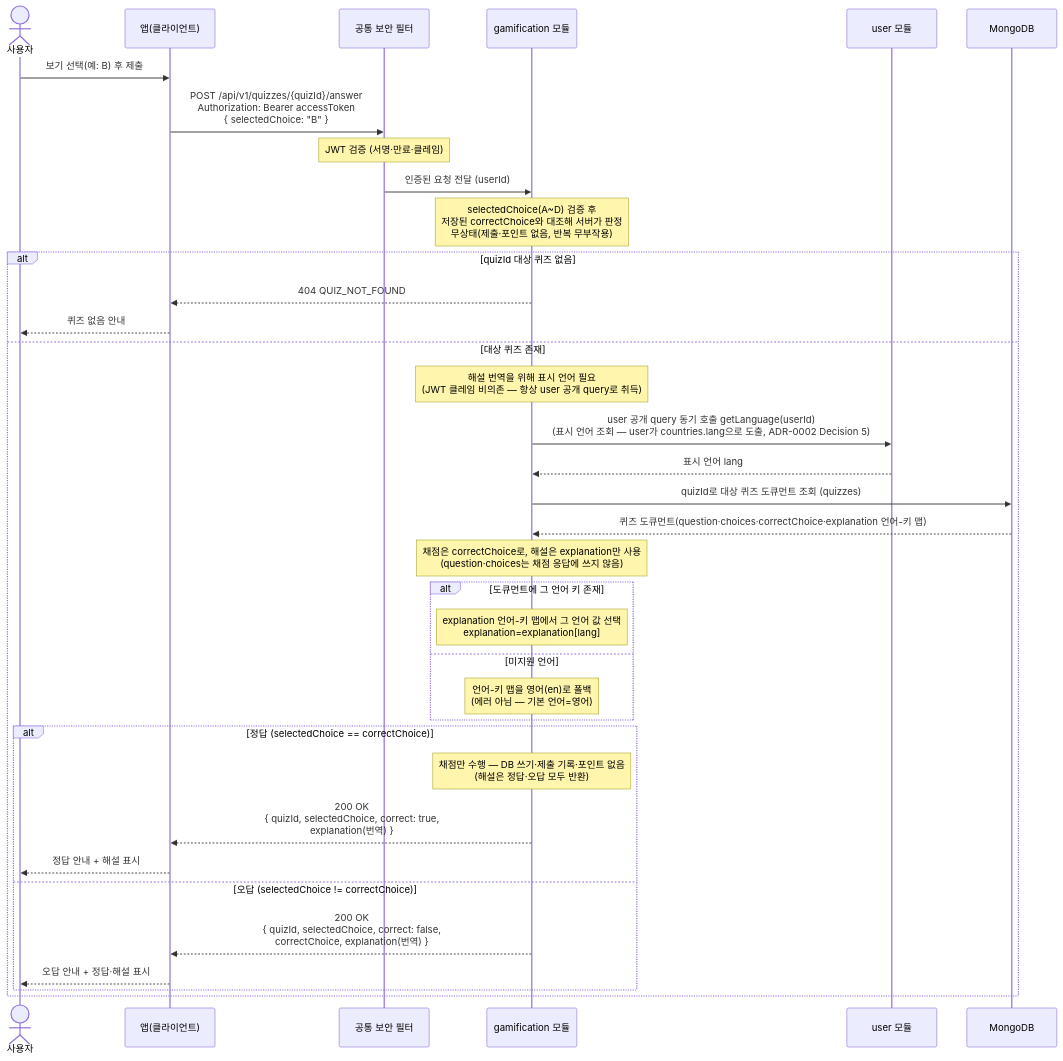
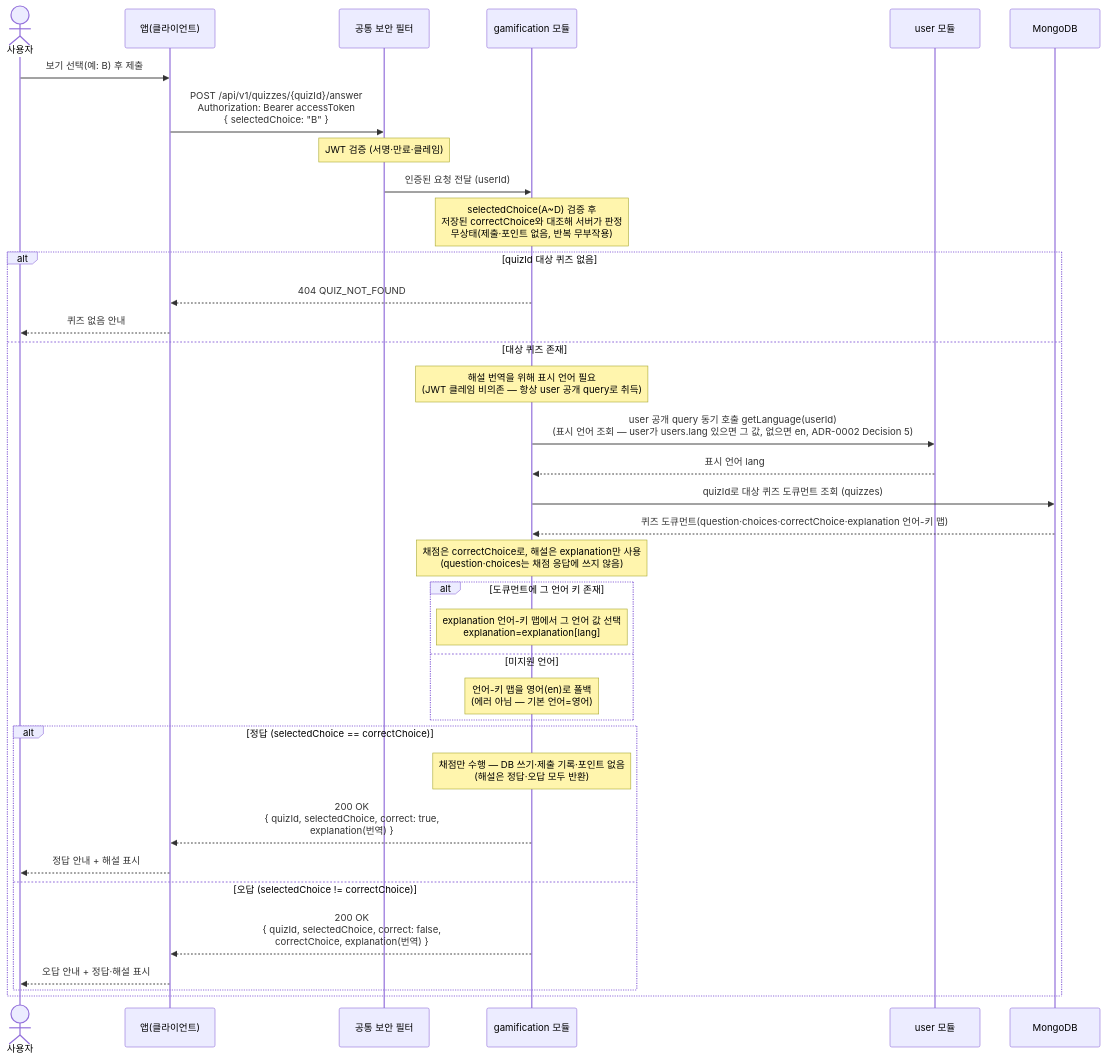
One commit to jameskim9509/Kohere-backend changed the diagram in docs/architecture/sequence-diagrams/06-gamification/us-6-2-quiz-answer.md. Above: the diagram before and after it, drawn with Mermaid. The commit also changed 64 other files, not shown here.

First line of the commit message:
feat(user): 사용자 선택 표시 언어(users.lang) 기반 번역 (#171)

````diff
--- a/docs/architecture/sequence-diagrams/06-gamification/us-6-2-quiz-answer.md
+++ b/docs/architecture/sequence-diagrams/06-gamification/us-6-2-quiz-answer.md
@@ -5,42 +5,42 @@
 ```mermaid
 sequenceDiagram
     actor U as 사용자
     participant C as 앱(클라이언트)
     participant SEC as 공통 보안 필터
     participant GAME as gamification 모듈
     participant USER as user 모듈
     participant DB as MongoDB
 
     U->>C: 보기 선택(예: B) 후 제출
     C->>SEC: POST /api/v1/quizzes/{quizId}/answer<br/>Authorization: Bearer accessToken<br/>{ selectedChoice: "B" }
     Note over SEC: JWT 검증 (서명·만료·클레임)
     SEC->>GAME: 인증된 요청 전달 (userId)
     Note over GAME: selectedChoice(A~D) 검증 후<br/>저장된 correctChoice와 대조해 서버가 판정<br/>무상태(제출·포인트 없음, 반복 무부작용)
 
     alt quizId 대상 퀴즈 없음
         GAME-->>C: 404 QUIZ_NOT_FOUND
         C-->>U: 퀴즈 없음 안내
     else 대상 퀴즈 존재
         Note over GAME: 해설 번역을 위해 표시 언어 필요<br/>(JWT 클레임 비의존 — 항상 user 공개 query로 취득)
-        GAME->>USER: user 공개 query 동기 호출 getLanguage(userId)<br/>(표시 언어 조회 — user가 countries.lang으로 도출, ADR-0002 Decision 5)
+        GAME->>USER: user 공개 query 동기 호출 getLanguage(userId)<br/>(표시 언어 조회 — user가 users.lang 있으면 그 값, 없으면 en, ADR-0002 Decision 5)
         USER-->>GAME: 표시 언어 lang
         GAME->>DB: quizId로 대상 퀴즈 도큐먼트 조회 (quizzes)
         DB-->>GAME: 퀴즈 도큐먼트(question·choices·correctChoice·explanation 언어-키 맵)
         Note over GAME: 채점은 correctChoice로, 해설은 explanation만 사용<br/>(question·choices는 채점 응답에 쓰지 않음)
 
         alt 도큐먼트에 그 언어 키 존재
             Note over GAME: explanation 언어-키 맵에서 그 언어 값 선택<br/>explanation=explanation[lang]
         else 미지원 언어
             Note over GAME: 언어-키 맵을 영어(en)로 폴백<br/>(에러 아님 — 기본 언어=영어)
         end
 
         alt 정답 (selectedChoice == correctChoice)
             Note over GAME: 채점만 수행 — DB 쓰기·제출 기록·포인트 없음<br/>(해설은 정답·오답 모두 반환)
             GAME-->>C: 200 OK<br/>{ quizId, selectedChoice, correct: true,<br/>explanation(번역) }
             C-->>U: 정답 안내 + 해설 표시
         else 오답 (selectedChoice != correctChoice)
             GAME-->>C: 200 OK<br/>{ quizId, selectedChoice, correct: false,<br/>correctChoice, explanation(번역) }
             C-->>U: 오답 안내 + 정답·해설 표시
         end
     end
 ```
````
